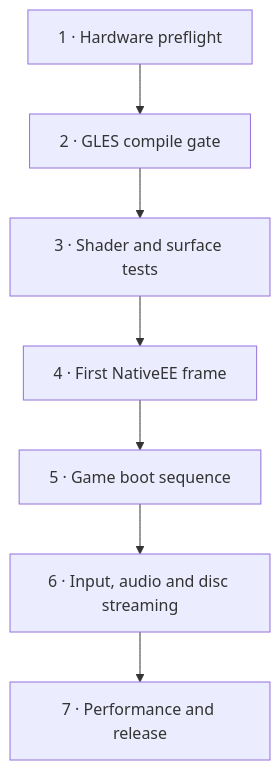
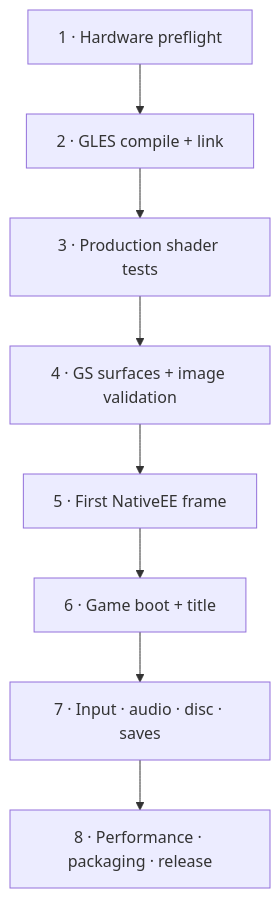
Before and after one commit to SilverCrow2323/Twinsanity-Rintromped-H700-Edition: the diagram in docs/h700/roadmap.md, drawn with Mermaid. The commit also changed other lines of this file, not shown here.

Commit message:
docs(h700): refine graphics guide and release roadmap

```diff
--- a/docs/h700/roadmap.md
+++ b/docs/h700/roadmap.md
@@ -7,9 +12,10 @@
 ~~~mermaid
 flowchart TD
-    A["1 · Hardware preflight"] --> B["2 · GLES compile gate"]
-    B --> C["3 · Shader and surface tests"]
-    C --> D["4 · First NativeEE frame"]
-    D --> E["5 · Game boot sequence"]
-    E --> F["6 · Input, audio and disc streaming"]
-    F --> G["7 · Performance and release"]
+    A["1 · Hardware preflight"] --> B["2 · GLES compile + link"]
+    B --> C["3 · Production shader tests"]
+    C --> D["4 · GS surfaces + image validation"]
+    D --> E["5 · First NativeEE frame"]
+    E --> F["6 · Game boot + title"]
+    F --> G["7 · Input · audio · disc · saves"]
+    G --> H["8 · Performance · packaging · release"]
 ~~~
```
